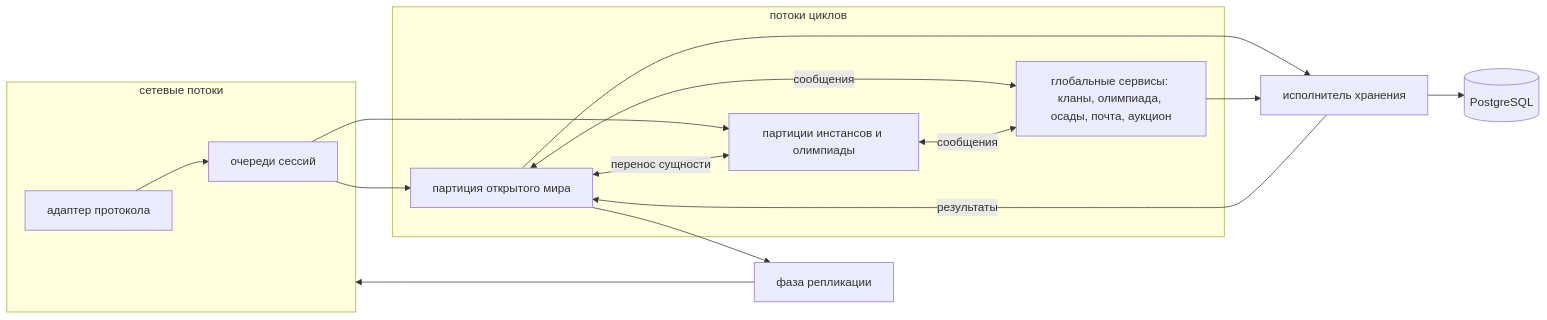
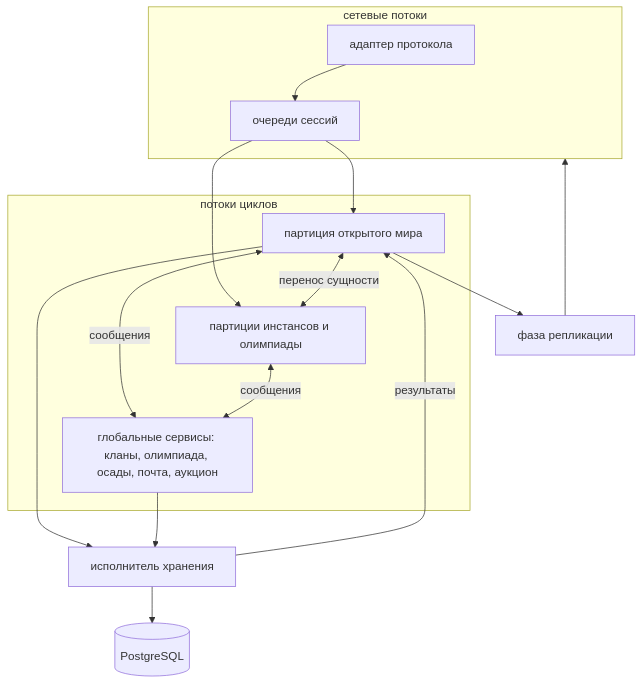
One commit to l2nx/nx-dev-web changed the diagram in src/content/docs/ru/core/architecture.md. Above: the diagram before and after it, drawn with Mermaid. The commit also changed 2 other files, not shown here.

Commit message:
docs(core): sync main@34b581b5262040303db4b4e0e0ad54814b0d03b3

````diff
--- a/src/content/docs/ru/core/architecture.md
+++ b/src/content/docs/ru/core/architecture.md
@@ -30,20 +30,20 @@
 ```mermaid
-flowchart LR
+flowchart TB
   subgraph IO[сетевые потоки]
     C[адаптер протокола] --> SQ[очереди сессий]
   end
   SQ --> W
   SQ --> I
   subgraph Loops[потоки циклов]
     W[партиция открытого мира]
     I[партиции инстансов и олимпиады]
     G[глобальные сервисы: кланы, олимпиада, осады, почта, аукцион]
   end
   W <-->|сообщения| G
   I <-->|сообщения| G
   W <-->|перенос сущности| I
   W --> R[фаза репликации] --> IO
   W --> P[исполнитель хранения] --> DB[(PostgreSQL)]
   G --> P
   P -->|результаты| W
 ```
````
